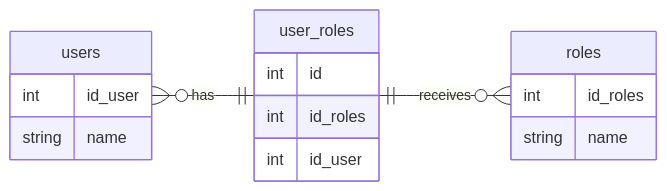
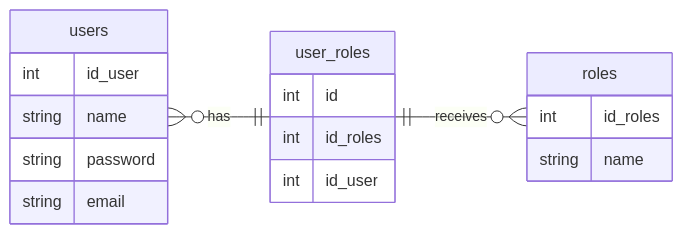
The diagram in readme.md (yusufbahtiarr/fgo24-db-auth-flow), drawn with Mermaid before and after one commit. The commit also changed 1 other file, not shown here.

Commit message:
feat: add password and email in users

````diff
--- a/readme.md
+++ b/readme.md
@@ -3,19 +3,21 @@
 ```mermaid
 erDiagram
   direction LR
   users }o--|| user_roles : has
   user_roles ||--o{ roles   : receives
   users{
     int id_user
     string name
+    string password
+    string email
   }
   user_roles{
     int id
     int id_roles
     int id_user
   }
   roles {
     int id_roles
     string name
   }
 ```
````
